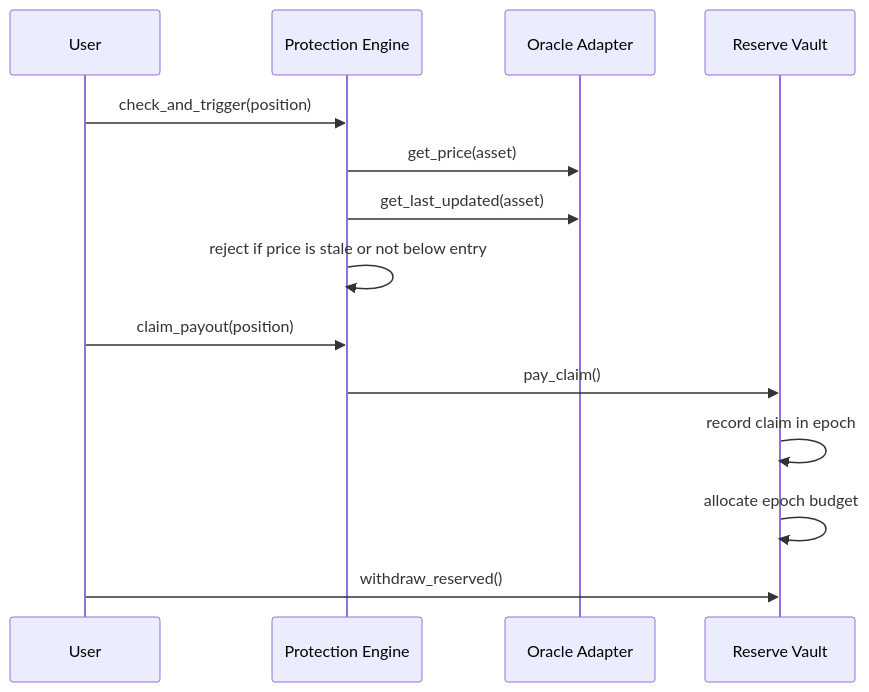
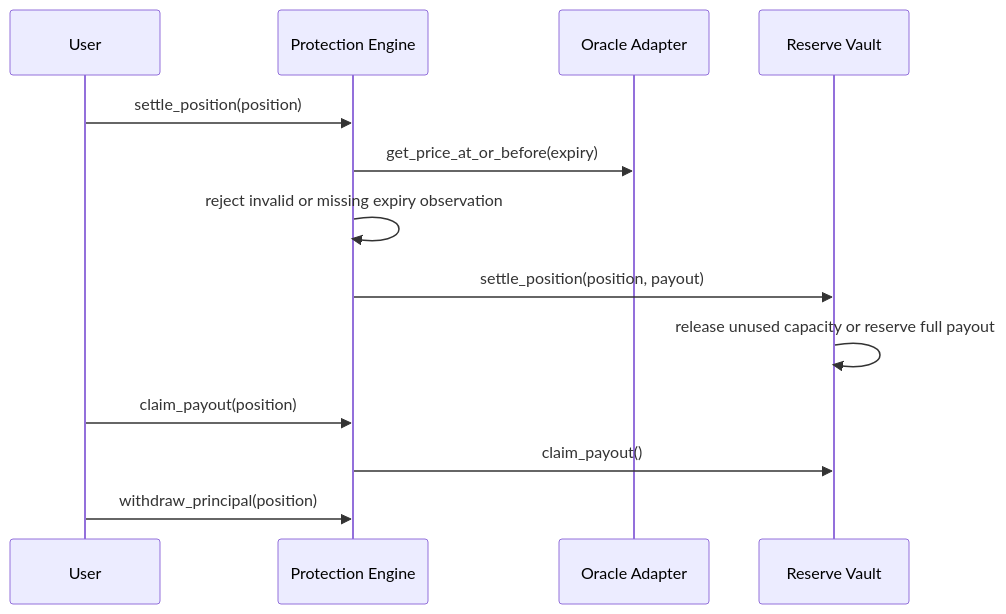
One commit to CoverFI-space/coverfi-docs changed the third of 5 diagrams in smart-contracts/architecture.mdx. Above: the diagram before and after it, drawn with Mermaid. The commit also changed other lines of this file and 28 other files, not shown here.

First line of the commit message:
Add technical architecture page and sync docs with current workspace

````diff
--- a/smart-contracts/architecture.mdx
+++ b/smart-contracts/architecture.mdx
@@ -48,17 +48,16 @@
 ```mermaid
 sequenceDiagram
   participant U as User
   participant E as Protection Engine
   participant O as Oracle Adapter
   participant R as Reserve Vault
 
-  U->>E: check_and_trigger(position)
-  E->>O: get_price(asset)
-  E->>O: get_last_updated(asset)
-  E->>E: reject if price is stale or not below entry
+  U->>E: settle_position(position)
+  E->>O: get_price_at_or_before(expiry)
+  E->>E: reject invalid or missing expiry observation
+  E->>R: settle_position(position, payout)
+  R->>R: release unused capacity or reserve full payout
   U->>E: claim_payout(position)
-  E->>R: pay_claim()
-  R->>R: record claim in epoch
-  R->>R: allocate epoch budget
-  U->>R: withdraw_reserved()
+  E->>R: claim_payout()
+  U->>E: withdraw_principal(position)
 ```
````
